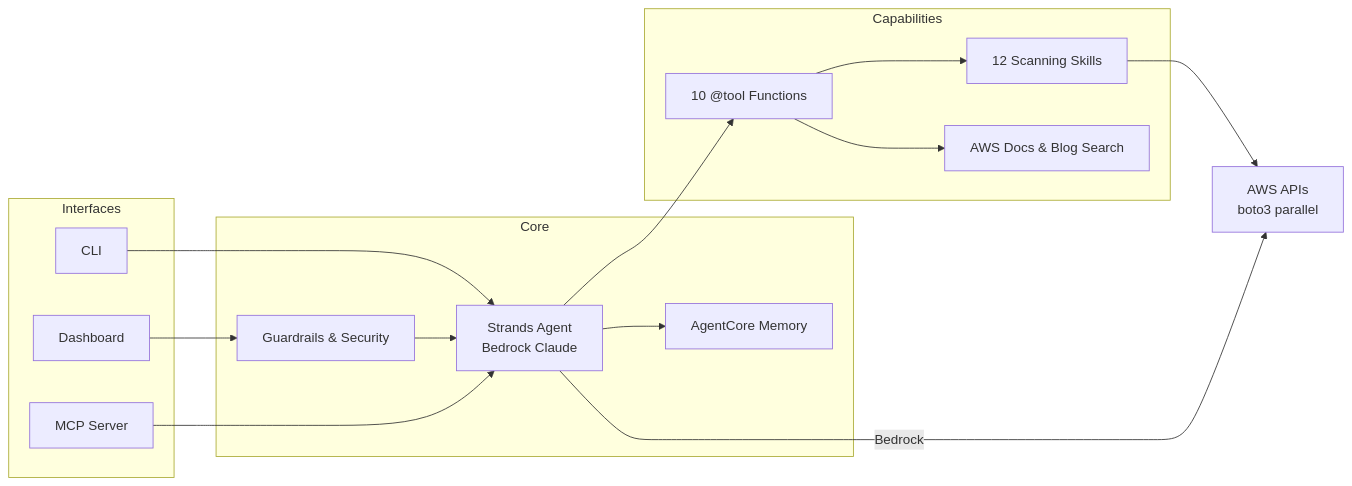
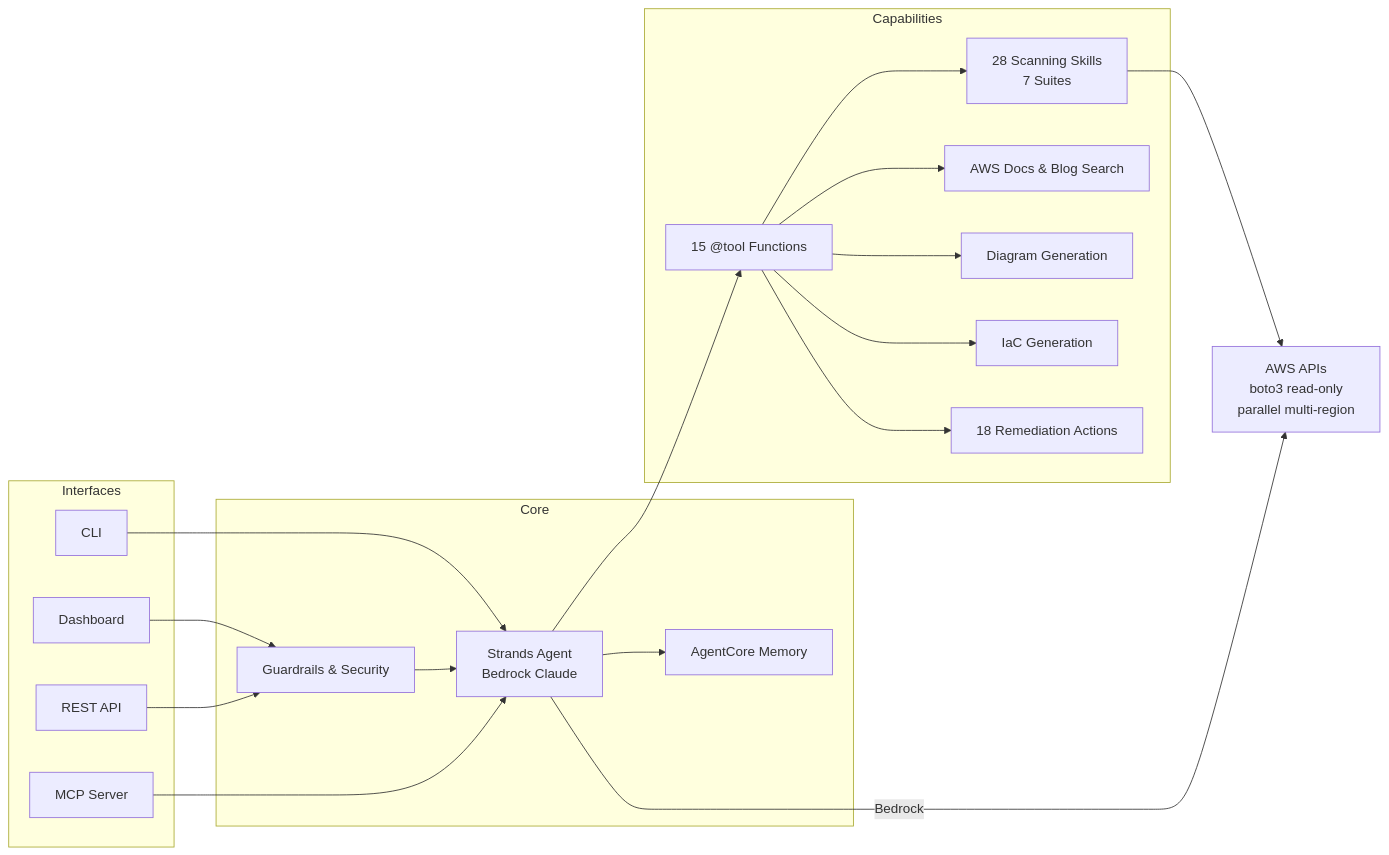
One commit to ramuponugumati/cloudpilot changed the diagram in README.md. Above: the diagram before and after it, drawn with Mermaid. The commit also changed other lines of this file and 2 other files, not shown here.

Commit message:
Complete README rewrite: customer pitch, 28 skills, 7 suites, 6 deployment types (local/Docker/MCP/DevOps/AgentCore/API), integration patterns, value proposition by persona, updated architecture diagram

````diff
--- a/README.md
+++ b/README.md
@@ -163,32 +208,40 @@
 ```mermaid
 graph LR
     subgraph Interfaces
         CLI[CLI]
         DASH[Dashboard]
         MCP[MCP Server]
+        API[REST API]
     end
 
     subgraph Core
         GUARD[Guardrails & Security]
         AGENT[Strands Agent<br/>Bedrock Claude]
         MEM[AgentCore Memory]
     end
 
     subgraph Capabilities
-        TOOLS[10 @tool Functions]
-        SKILLS[12 Scanning Skills]
+        TOOLS[15 @tool Functions]
+        SKILLS[28 Scanning Skills<br/>7 Suites]
         SEARCH[AWS Docs & Blog Search]
+        DIAG[Diagram Generation]
+        IAC[IaC Generation]
+        REMED[18 Remediation Actions]
     end
 
-    AWS[AWS APIs<br/>boto3 parallel]
+    AWS[AWS APIs<br/>boto3 read-only<br/>parallel multi-region]
 
     CLI --> AGENT
     DASH --> GUARD --> AGENT
     MCP --> AGENT
+    API --> GUARD
     AGENT --> MEM
     AGENT --> TOOLS
     TOOLS --> SKILLS
     TOOLS --> SEARCH
+    TOOLS --> DIAG
+    TOOLS --> IAC
+    TOOLS --> REMED
     SKILLS --> AWS
     AGENT -->|Bedrock| AWS
 ```
````
